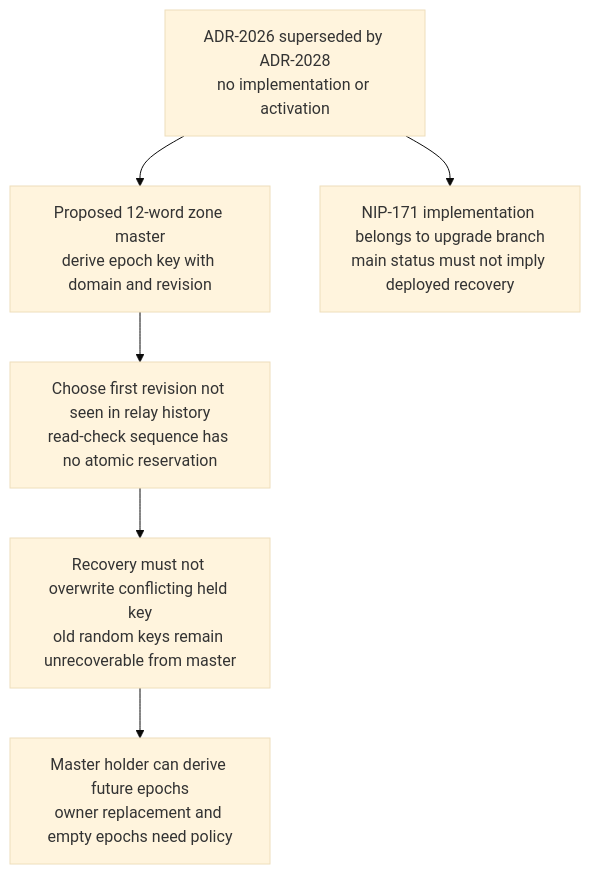
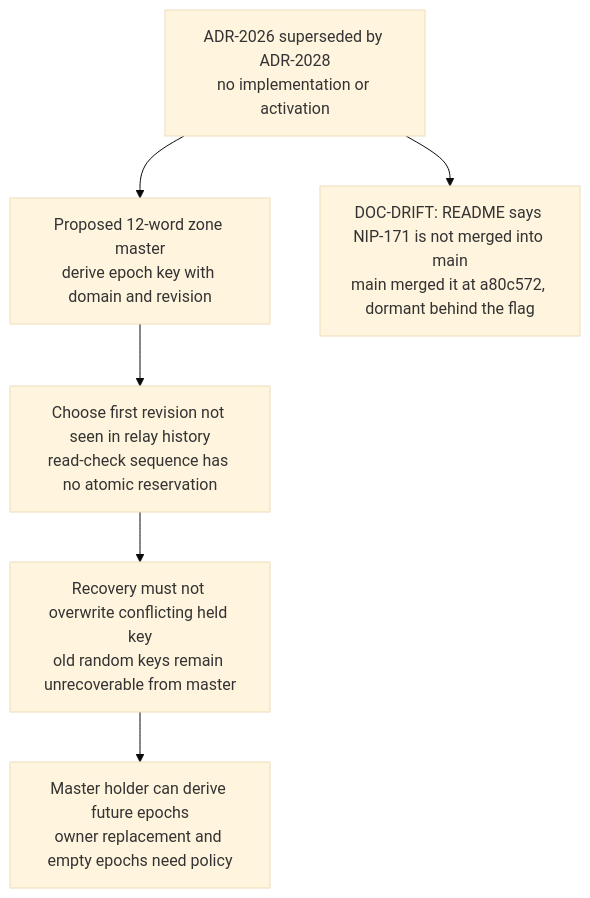
Before and after one commit to DreamLab-AI/VisionFlow: the fifth of 6 diagrams in docs/diagrams/nostr-rust-forum/27-zone-key-distribution-and-recovery.md, drawn with Mermaid (base theme). The commit also changed other lines of this file, not shown here.

First line of the commit message:
docs(diagrams): re-verify NF-27 at nostr-rust-forum af4f0d5

````diff
--- a/docs/diagrams/nostr-rust-forum/27-zone-key-distribution-and-recovery.md
+++ b/docs/diagrams/nostr-rust-forum/27-zone-key-distribution-and-recovery.md
@@ -113,17 +128,17 @@
 ```mermaid
 flowchart TB
     %% Source: ../nostr-rust-forum/docs/adr/ADR-2026-zone-key-recovery-master.md:6
     S["ADR-2026 superseded by ADR-2028<br/>no implementation or activation"]
     %% Source: ../nostr-rust-forum/docs/adr/ADR-2026-zone-key-recovery-master.md:35
     M["Proposed 12-word zone master<br/>derive epoch key with domain and revision"]
     %% Source: ../nostr-rust-forum/docs/adr/ADR-2026-zone-key-recovery-master.md:42
     C["Choose first revision not seen in relay history<br/>read-check sequence has no atomic reservation"]
     %% Source: ../nostr-rust-forum/docs/adr/ADR-2026-zone-key-recovery-master.md:47
     K["Recovery must not overwrite conflicting held key<br/>old random keys remain unrecoverable from master"]
     %% Source: ../nostr-rust-forum/docs/adr/ADR-2026-zone-key-recovery-master.md:55
     F["Master holder can derive future epochs<br/>owner replacement and empty epochs need policy"]
     %% Source: ../nostr-rust-forum/README.md:124
-    B["NIP-171 implementation belongs to upgrade branch<br/>main status must not imply deployed recovery"]
+    B["DOC-DRIFT: README says NIP-171 is not merged into main<br/>main merged it at a80c572, dormant behind the flag"]
     S --> M --> C --> K --> F
     S --> B
 ```
````
